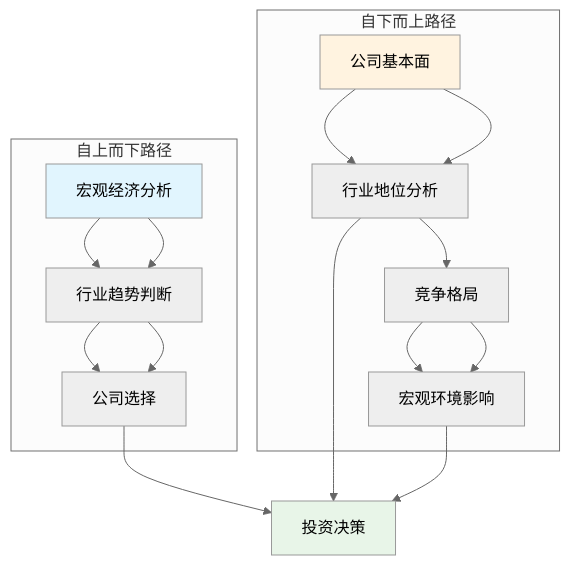
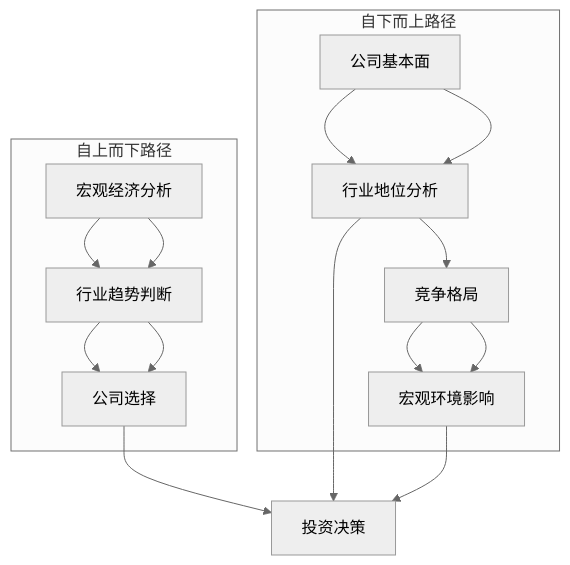
Before and after one commit to fangkun119/tech-page: diagram 17 of 46 in _posts/2025-11-08-book-01-feynman-approach.md, drawn with Mermaid (neutral theme). The commit also changed other lines of this file and 1 other file, not shown here.

Commit message:
feat: adjust diagram

````diff
--- a/_posts/2025-11-08-book-01-feynman-approach.md
+++ b/_posts/2025-11-08-book-01-feynman-approach.md
@@ -1746,24 +1658,20 @@
 ```mermaid
 graph TB
     A[宏观经济分析] --> B[行业趋势判断]
     B --> C[公司选择]
 
     D[公司基本面] --> E[行业地位分析]
     F[竞争格局] --> G[宏观环境影响]
 
     C --> H[投资决策]
     E --> H
     G --> H
 
     subgraph "自上而下路径"
         A --> B --> C
     end
 
     subgraph "自下而上路径"
         D --> E --> F --> G
     end
-
-    style A fill:#e1f5fe
-    style D fill:#fff3e0
-    style H fill:#e8f5e8
 ```
````
